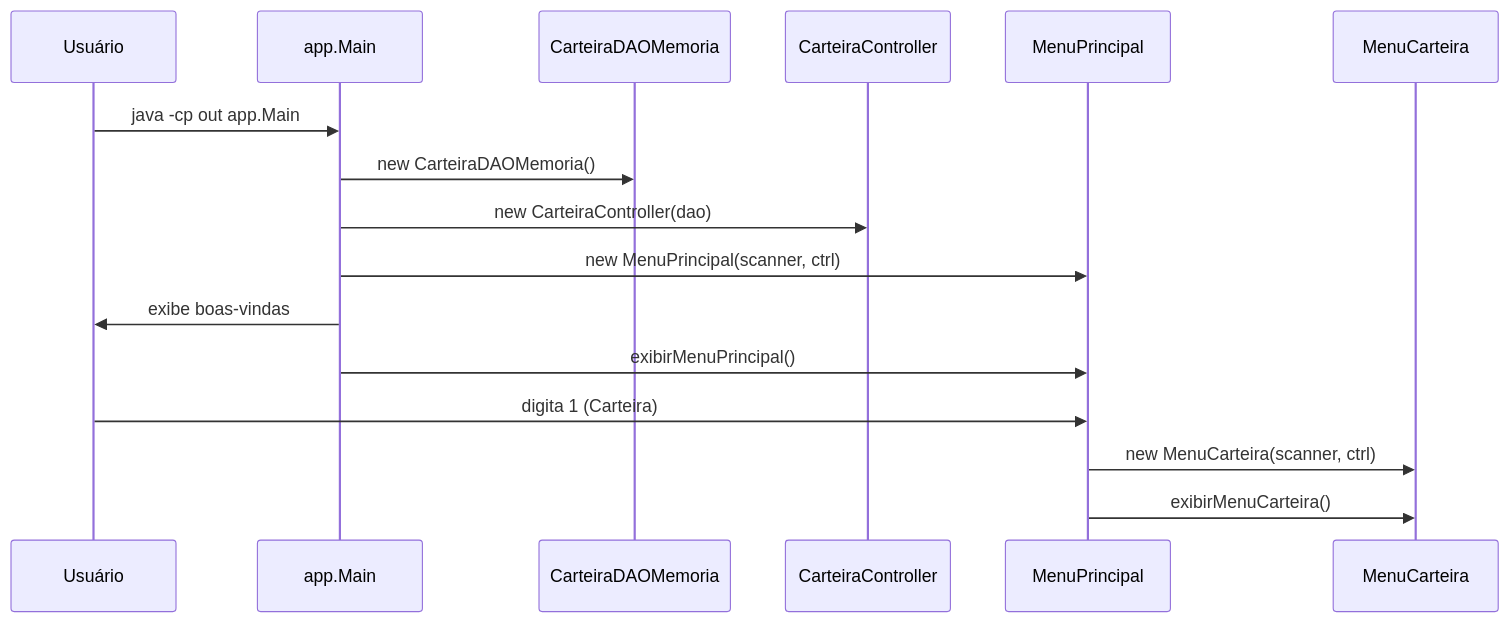
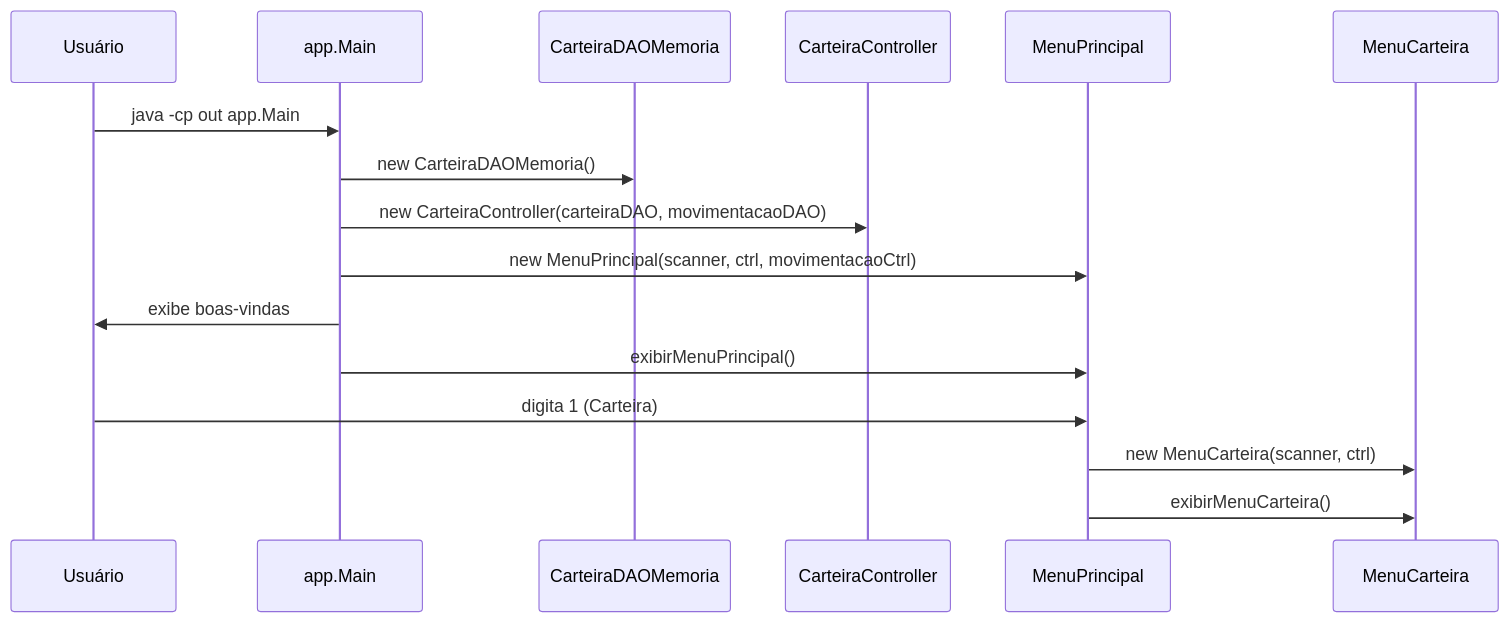
The second of 9 diagrams in docs/fluxo-carteira.md (CassianoBorborema/FT_Coin), drawn with Mermaid before and after one commit. The commit also changed other lines of this file and 17 other files, not shown here.

````diff
--- a/docs/fluxo-carteira.md
+++ b/docs/fluxo-carteira.md
@@ -66,19 +66,19 @@
 ```mermaid
 sequenceDiagram
     participant User as Usuário
     participant Main as app.Main
     participant DAO as CarteiraDAOMemoria
     participant Ctrl as CarteiraController
     participant MP as MenuPrincipal
     participant MC as MenuCarteira
 
     User->>Main: java -cp out app.Main
     Main->>DAO: new CarteiraDAOMemoria()
-    Main->>Ctrl: new CarteiraController(dao)
-    Main->>MP: new MenuPrincipal(scanner, ctrl)
+    Main->>Ctrl: new CarteiraController(carteiraDAO, movimentacaoDAO)
+    Main->>MP: new MenuPrincipal(scanner, ctrl, movimentacaoCtrl)
     Main->>User: exibe boas-vindas
     Main->>MP: exibirMenuPrincipal()
     User->>MP: digita 1 (Carteira)
     MP->>MC: new MenuCarteira(scanner, ctrl)
     MP->>MC: exibirMenuCarteira()
 ```
````
